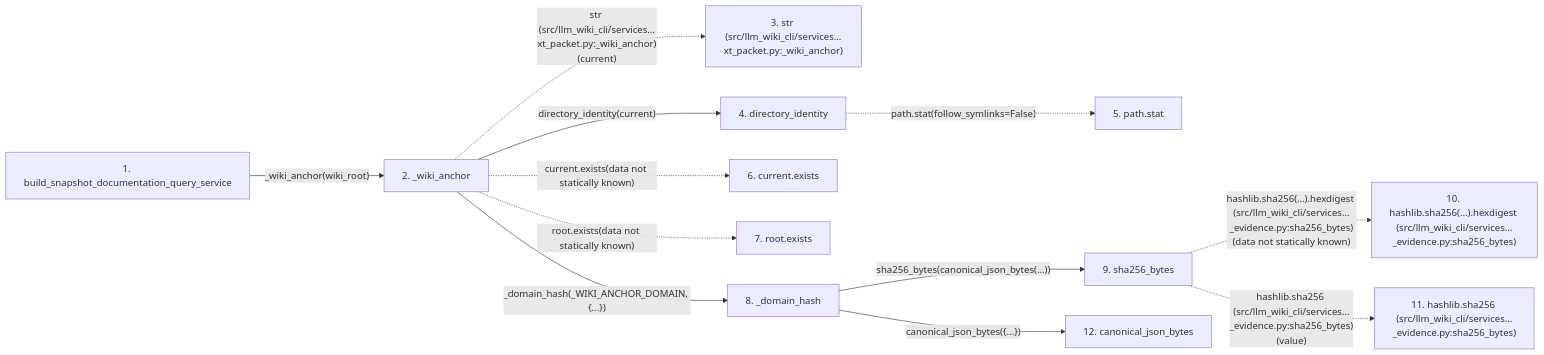
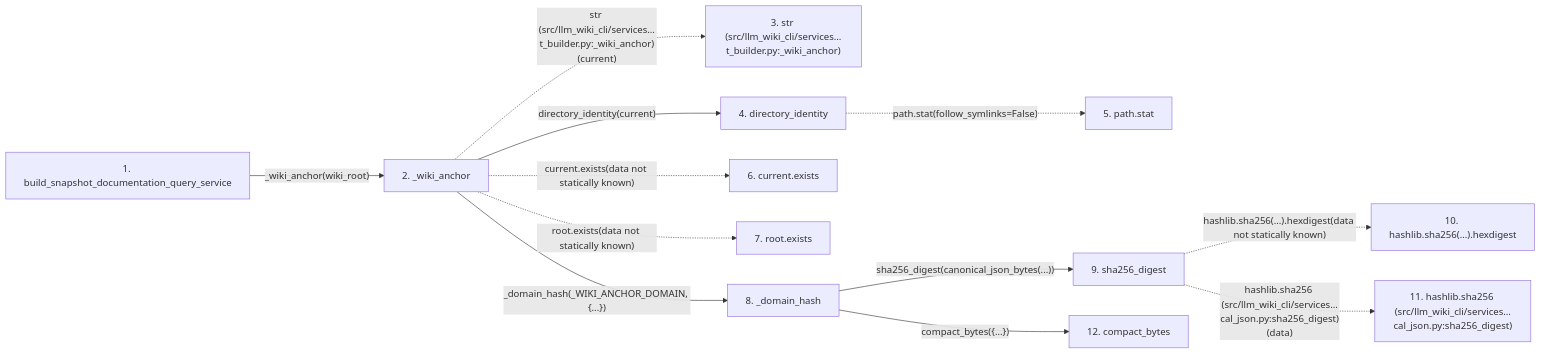
One commit to Denissvgn/python-wiki-llm changed the second of 2 diagrams in docs/llm_wiki/flows/api-build_snapshot_documentation_query_service.md. Above: the diagram before and after it, drawn with Mermaid. The commit also changed other lines of this file and 1555 other files, not shown here.

````diff
--- a/docs/llm_wiki/flows/api-build_snapshot_documentation_query_service.md
+++ b/docs/llm_wiki/flows/api-build_snapshot_documentation_query_service.md
@@ -168,32 +171,32 @@
 ```mermaid
 flowchart LR
     s1["1. build_snapshot_documentation_query_service"]
     s2["2. _wiki_anchor"]
-    s3["3. str (src/llm_wiki_cli/services…xt_packet.py:_wiki_anchor)"]
+    s3["3. str (src/llm_wiki_cli/services…t_builder.py:_wiki_anchor)"]
     s4["4. directory_identity"]
     s5["5. path.stat"]
     s6["6. current.exists"]
     s7["7. root.exists"]
     s8["8. _domain_hash"]
-    s9["9. sha256_bytes"]
-    s10["10. hashlib.sha256(…).hexdigest (src/llm_wiki_cli/services…_evidence.py:sha256_bytes)"]
-    s11["11. hashlib.sha256 (src/llm_wiki_cli/services…_evidence.py:sha256_bytes)"]
-    s12["12. canonical_json_bytes"]
+    s9["9. sha256_digest"]
+    s10["10. hashlib.sha256(…).hexdigest"]
+    s11["11. hashlib.sha256 (src/llm_wiki_cli/services…cal_json.py:sha256_digest)"]
+    s12["12. compact_bytes"]
     s1 -->|"_wiki_anchor(wiki_root)"| s2
-    s2 -. "str (src/llm_wiki_cli/services…xt_packet.py:_wiki_anchor)(current)" .-> s3
+    s2 -. "str (src/llm_wiki_cli/services…t_builder.py:_wiki_anchor)(current)" .-> s3
     s2 -->|"directory_identity(current)"| s4
     s4 -. "path.stat(follow_symlinks=False)" .-> s5
     s2 -. "current.exists(data not statically known)" .-> s6
     s2 -. "root.exists(data not statically known)" .-> s7
     s2 -->|"_domain_hash(_WIKI_ANCHOR_DOMAIN, {...})"| s8
-    s8 -->|"sha256_bytes(canonical_json_bytes(...))"| s9
-    s9 -. "hashlib.sha256(…).hexdigest (src/llm_wiki_cli/services…_evidence.py:sha256_bytes)(data not statically known)" .-> s10
-    s9 -. "hashlib.sha256 (src/llm_wiki_cli/services…_evidence.py:sha256_bytes)(value)" .-> s11
-    s8 -->|"canonical_json_bytes({...})"| s12
+    s8 -->|"sha256_digest(canonical_json_bytes(...))"| s9
+    s9 -. "hashlib.sha256(…).hexdigest(data not statically known)" .-> s10
+    s9 -. "hashlib.sha256 (src/llm_wiki_cli/services…cal_json.py:sha256_digest)(data)" .-> s11
+    s8 -->|"compact_bytes({...})"| s12
     click s1 "../modules/documentation_query_builder.md"
-    click s2 "../modules/context_packet.md"
+    click s2 "../modules/context_packet_builder.md"
     click s4 "../modules/source_snapshot.md"
     click s8 "../modules/context_packet.md"
-    click s9 "../modules/knowledge_evidence.md"
-    click s12 "../modules/knowledge_evidence.md"
+    click s9 "../modules/canonical_json.md"
+    click s12 "../modules/canonical_json.md"
 ```
````
